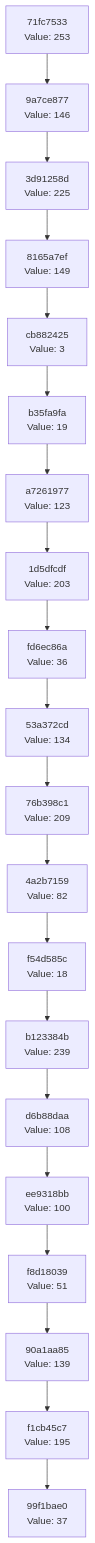
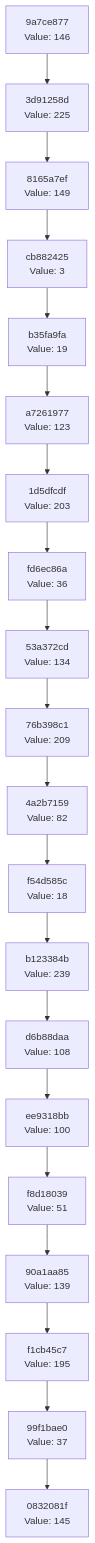
The diagram in docs/CHAIN_VISUALIZATION.md (Abhisheksinha1506/hash-chain-evolver), drawn with Mermaid before and after one commit. The commit also changed 2 other files, not shown here.

Commit message:
Evolution Step

````diff
--- a/docs/CHAIN_VISUALIZATION.md
+++ b/docs/CHAIN_VISUALIZATION.md
@@ -3,42 +3,42 @@
 ```mermaid
 graph TD
-    C0["99f1bae0<br/>Value: 37"]
-    C1["f1cb45c7<br/>Value: 195"]
+    C0["0832081f<br/>Value: 145"]
+    C1["99f1bae0<br/>Value: 37"]
     C1 --> C0
-    C2["90a1aa85<br/>Value: 139"]
+    C2["f1cb45c7<br/>Value: 195"]
     C2 --> C1
-    C3["f8d18039<br/>Value: 51"]
+    C3["90a1aa85<br/>Value: 139"]
     C3 --> C2
-    C4["ee9318bb<br/>Value: 100"]
+    C4["f8d18039<br/>Value: 51"]
     C4 --> C3
-    C5["d6b88daa<br/>Value: 108"]
+    C5["ee9318bb<br/>Value: 100"]
     C5 --> C4
-    C6["b123384b<br/>Value: 239"]
+    C6["d6b88daa<br/>Value: 108"]
     C6 --> C5
-    C7["f54d585c<br/>Value: 18"]
+    C7["b123384b<br/>Value: 239"]
     C7 --> C6
-    C8["4a2b7159<br/>Value: 82"]
+    C8["f54d585c<br/>Value: 18"]
     C8 --> C7
-    C9["76b398c1<br/>Value: 209"]
+    C9["4a2b7159<br/>Value: 82"]
     C9 --> C8
-    C10["53a372cd<br/>Value: 134"]
+    C10["76b398c1<br/>Value: 209"]
     C10 --> C9
-    C11["fd6ec86a<br/>Value: 36"]
+    C11["53a372cd<br/>Value: 134"]
     C11 --> C10
-    C12["1d5dfcdf<br/>Value: 203"]
+    C12["fd6ec86a<br/>Value: 36"]
     C12 --> C11
-    C13["a7261977<br/>Value: 123"]
+    C13["1d5dfcdf<br/>Value: 203"]
     C13 --> C12
-    C14["b35fa9fa<br/>Value: 19"]
+    C14["a7261977<br/>Value: 123"]
     C14 --> C13
-    C15["cb882425<br/>Value: 3"]
+    C15["b35fa9fa<br/>Value: 19"]
     C15 --> C14
-    C16["8165a7ef<br/>Value: 149"]
+    C16["cb882425<br/>Value: 3"]
     C16 --> C15
-    C17["3d91258d<br/>Value: 225"]
+    C17["8165a7ef<br/>Value: 149"]
     C17 --> C16
-    C18["9a7ce877<br/>Value: 146"]
+    C18["3d91258d<br/>Value: 225"]
     C18 --> C17
-    C19["71fc7533<br/>Value: 253"]
+    C19["9a7ce877<br/>Value: 146"]
     C19 --> C18
 ```
````
